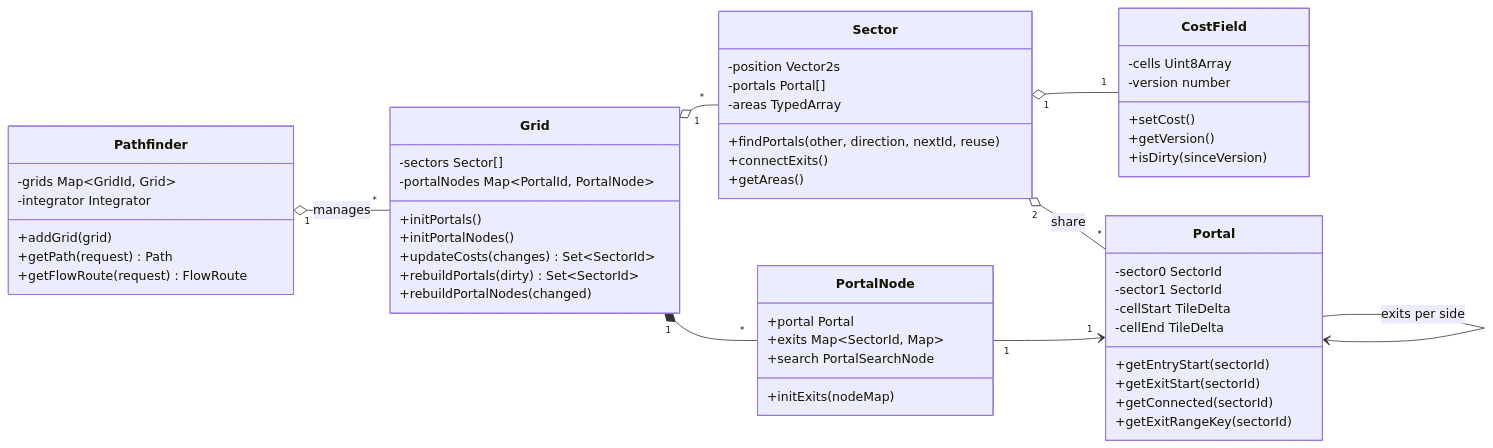
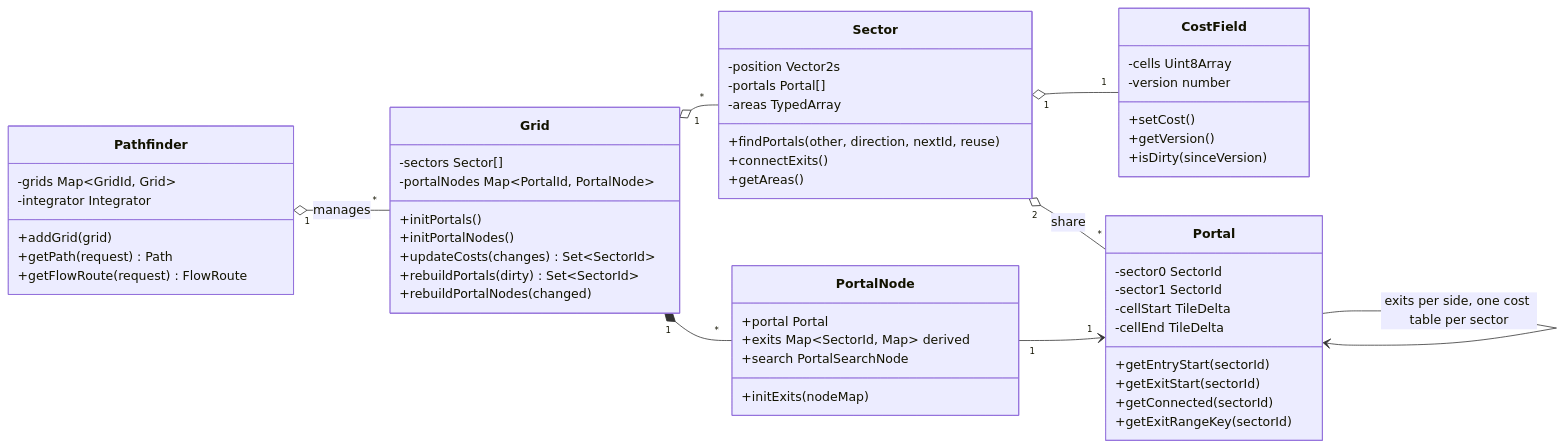
One commit to leptoquark1/openage-pfadfinder changed the fifth of 18 diagrams in docs/ARCHITECTURE.md. Above: the diagram before and after it, drawn with Mermaid. The commit also changed other lines of this file and 7 other files, not shown here.

First line of the commit message:
perf(graph): keep portal exits in one cost table per sector

````diff
--- a/docs/ARCHITECTURE.md
+++ b/docs/ARCHITECTURE.md
@@ -248,60 +248,60 @@
 ```mermaid
 classDiagram
     direction LR
 
     class Pathfinder {
         -grids Map~GridId, Grid~
         -integrator Integrator
         +addGrid(grid)
         +getPath(request) Path
         +getFlowRoute(request) FlowRoute
     }
     class Grid {
         -sectors Sector[]
         -portalNodes Map~PortalId, PortalNode~
         +initPortals()
         +initPortalNodes()
         +updateCosts(changes) Set~SectorId~
         +rebuildPortals(dirty) Set~SectorId~
         +rebuildPortalNodes(changed)
     }
     class Sector {
         -position Vector2s
         -portals Portal[]
         -areas TypedArray
         +findPortals(other, direction, nextId, reuse)
         +connectExits()
         +getAreas()
     }
     class Portal {
         -sector0 SectorId
         -sector1 SectorId
         -cellStart TileDelta
         -cellEnd TileDelta
         +getEntryStart(sectorId)
         +getExitStart(sectorId)
         +getConnected(sectorId)
         +getExitRangeKey(sectorId)
     }
     class PortalNode {
         +portal Portal
-        +exits Map~SectorId, Map~
+        +exits Map~SectorId, Map~ derived
         +search PortalSearchNode
         +initExits(nodeMap)
     }
     class CostField {
         -cells Uint8Array
         -version number
         +setCost()
         +getVersion()
         +isDirty(sinceVersion)
     }
 
     Pathfinder "1" o-- "*" Grid : manages
     Grid "1" o-- "*" Sector
     Grid "1" *-- "*" PortalNode
     Sector "1" o-- "1" CostField
     Sector "2" o-- "*" Portal : share
     PortalNode "1" --> "1" Portal
-    Portal --> Portal : exits per side
+    Portal --> Portal : exits per side, one cost table per sector
 ```
````
